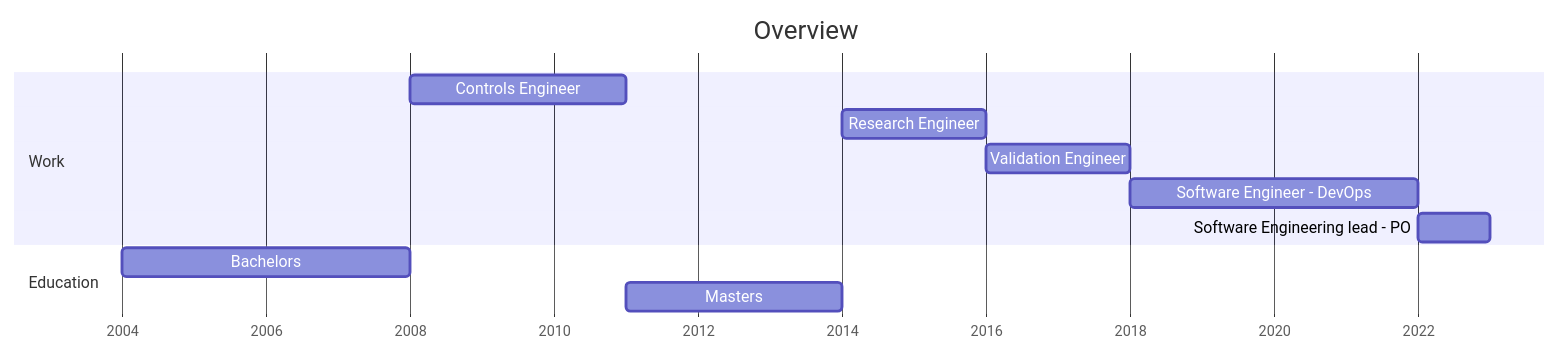
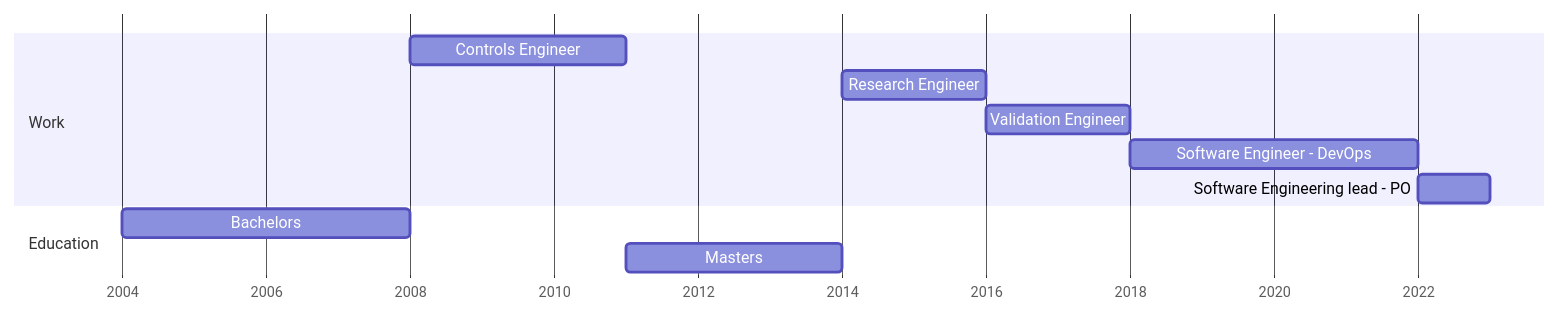
Before and after one commit to kar-ven/kar-ven.github.io: the diagram in README.md, drawn with Mermaid. The commit also changed other lines of this file and 1 other file, not shown here.

```diff
--- a/README.md
+++ b/README.md
@@ -1,15 +2,14 @@
 <pre class="mermaid">
 gantt
-    title Overview
     dateFormat YYYY
     axisFormat %Y
     section Work
     Controls Engineer                  :2008, 2011
     Research Engineer                  :2014, 2016
     Validation Engineer                :2016, 2018
     Software Engineer - DevOps         :2018, 2022
     Software Engineering lead - PO     :2022, 2023
     Section Education
     Bachelors                          :2004, 2008
     Masters                            :2011, 2014
 </pre>
```
